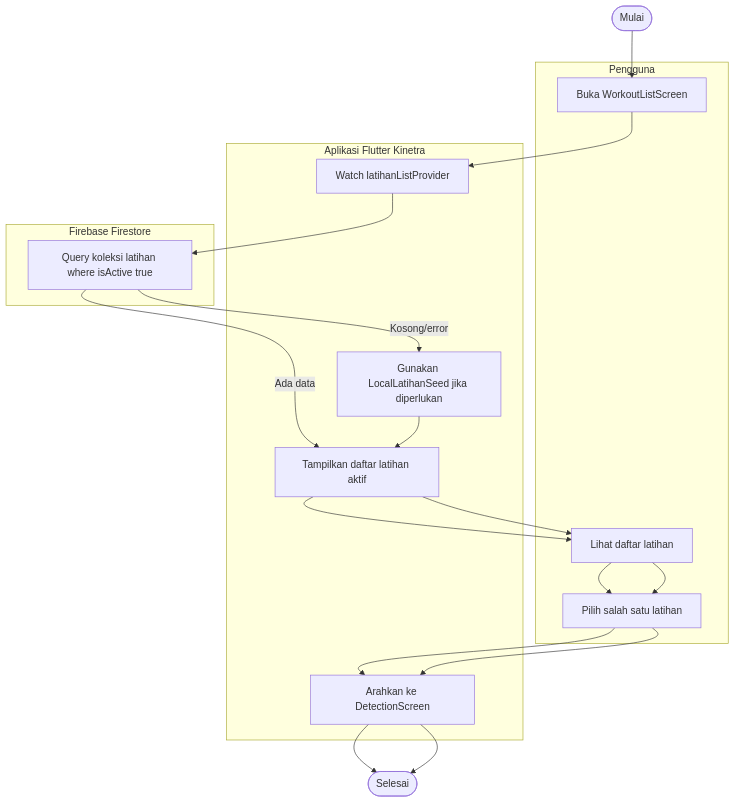
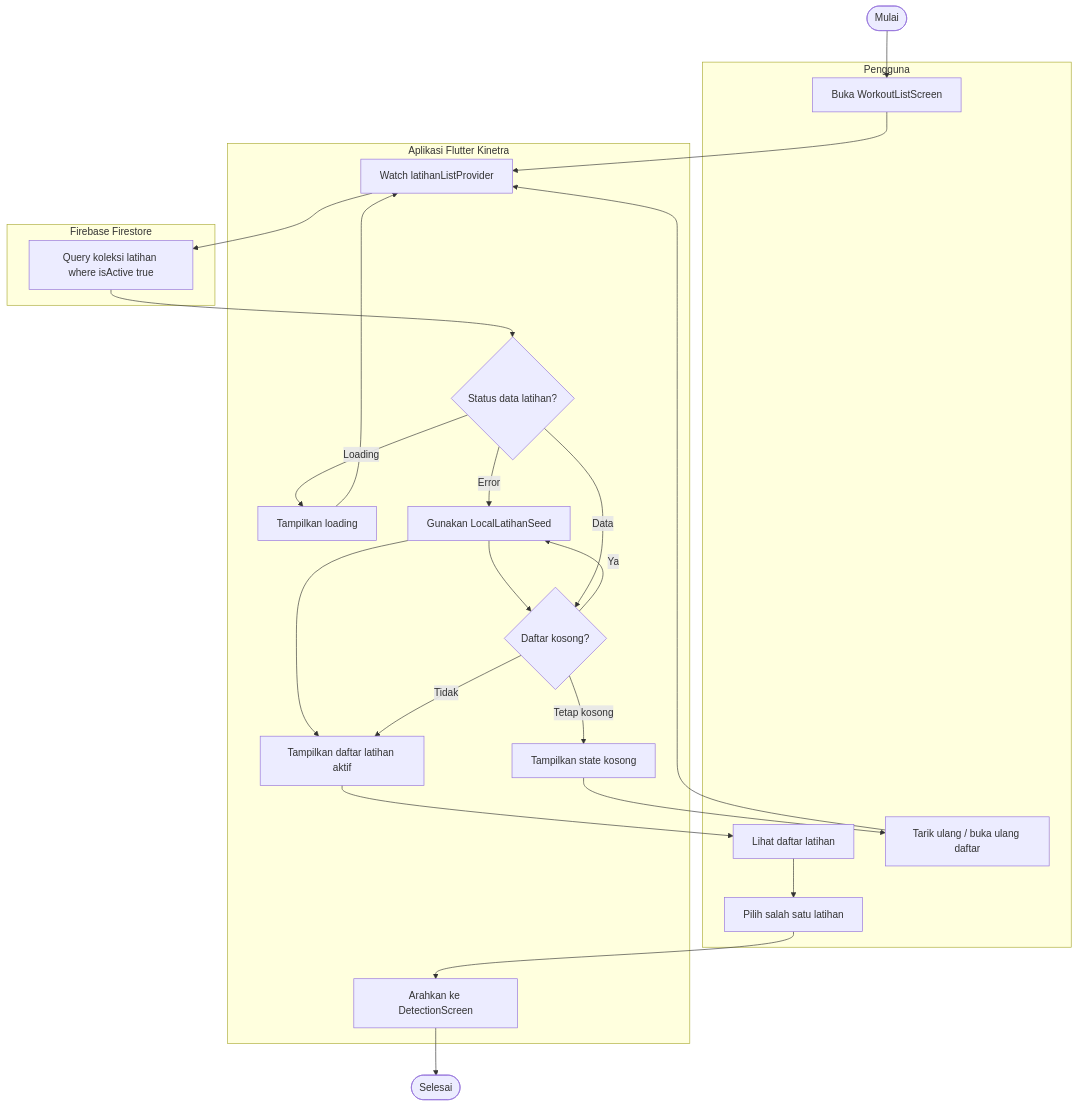
One commit to arifrachmatdx/Kinetra changed the seventh of 26 diagrams in docs/uml.md. Above: the diagram before and after it, drawn with Mermaid. The commit also changed other lines of this file and 1 other file, not shown here.

Commit message:
docs: add detailed UML decisions and alternatives

````diff
--- a/docs/uml.md
+++ b/docs/uml.md
@@ -213,22 +272,31 @@
 ```mermaid
 flowchart TD
     Start([Mulai])
     subgraph User["Pengguna"]
         OpenWorkoutList[Buka WorkoutListScreen]
         BrowseList[Lihat daftar latihan]
         SelectWorkout[Pilih salah satu latihan]
+        RetryLoad[Tarik ulang / buka ulang daftar]
     end
     subgraph App["Aplikasi Flutter Kinetra"]
         WatchLatihan[Watch latihanListProvider]
+        LatihanState{Status data latihan?}
+        RenderLoading[Tampilkan loading]
         RenderWorkoutList[Tampilkan daftar latihan aktif]
+        EmptyList{Daftar kosong?}
+        UseFallback[Gunakan LocalLatihanSeed]
+        RenderEmpty[Tampilkan state kosong]
         GoDetection[Arahkan ke DetectionScreen]
-        UseFallback[Gunakan LocalLatihanSeed jika diperlukan]
     end
     subgraph DB["Firebase Firestore"]
         QueryActiveLatihan[Query koleksi latihan where isActive true]
     end
 
-    Start --> OpenWorkoutList --> WatchLatihan --> QueryActiveLatihan
-    QueryActiveLatihan -->|Ada data| RenderWorkoutList --> BrowseList --> SelectWorkout --> GoDetection --> End([Selesai])
-    QueryActiveLatihan -->|Kosong/error| UseFallback --> RenderWorkoutList --> BrowseList --> SelectWorkout --> GoDetection --> End
+    Start --> OpenWorkoutList --> WatchLatihan --> QueryActiveLatihan --> LatihanState
+    LatihanState -->|Loading| RenderLoading --> WatchLatihan
+    LatihanState -->|Error| UseFallback --> EmptyList
+    LatihanState -->|Data| EmptyList
+    EmptyList -->|Ya| UseFallback --> RenderWorkoutList
+    EmptyList -->|Tetap kosong| RenderEmpty --> RetryLoad --> WatchLatihan
+    EmptyList -->|Tidak| RenderWorkoutList --> BrowseList --> SelectWorkout --> GoDetection --> End([Selesai])
 ```
````
